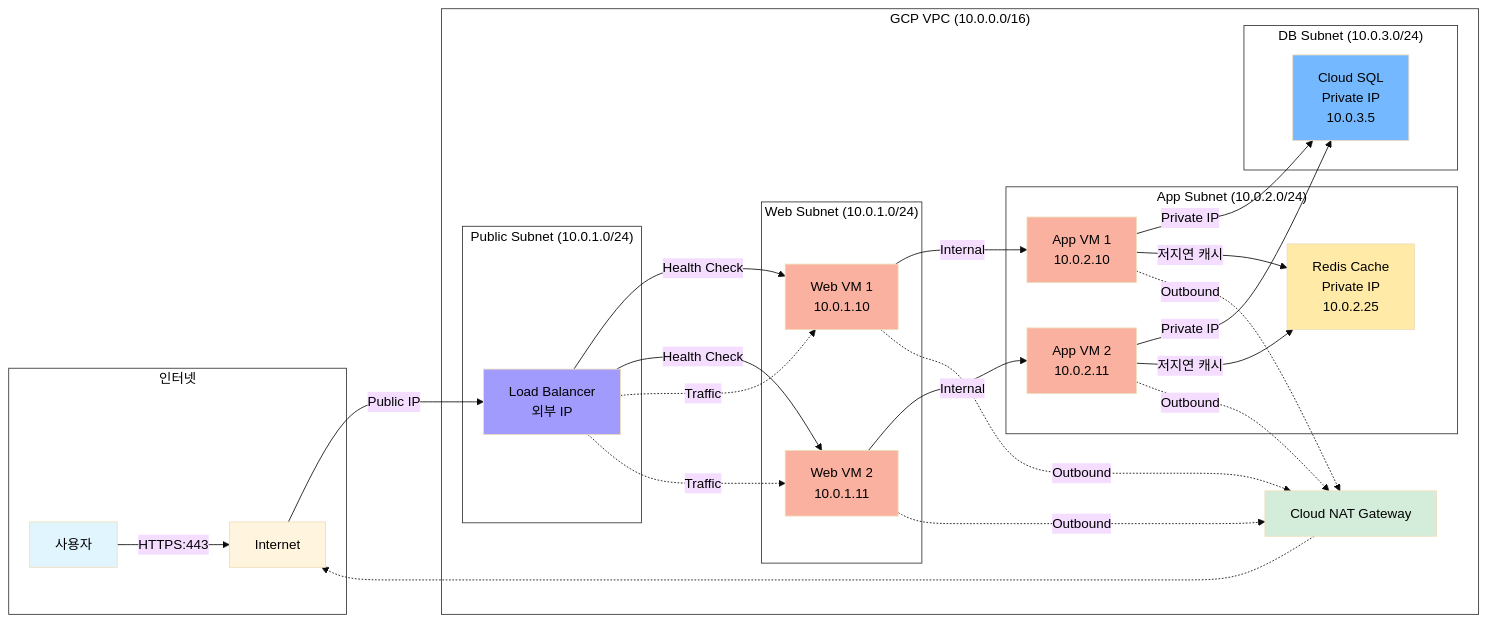
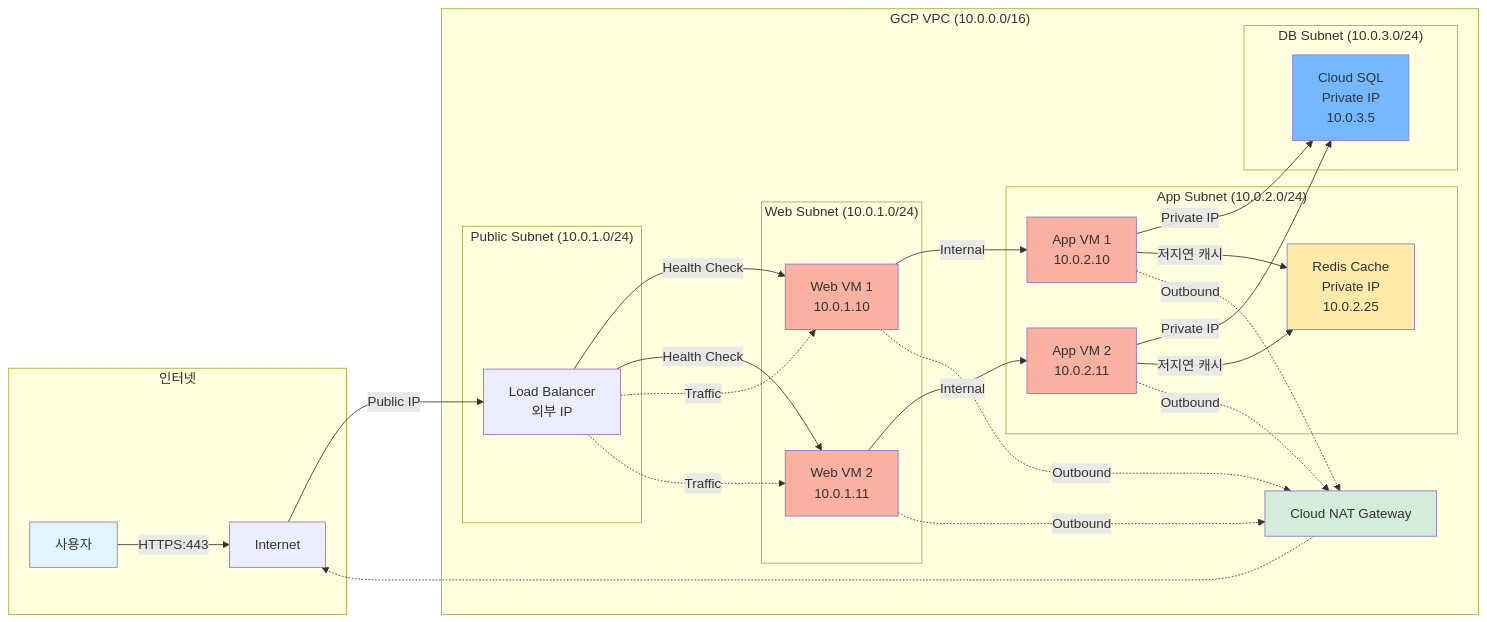
One commit to JSJ2337/GCP_terraform_code changed the sixth of 9 diagrams in terraform_gcp_infra/docs/architecture/diagrams.md. Above: the diagram before and after it, drawn with Mermaid. The commit also changed other lines of this file and 5 other files, not shown here.

First line of the commit message:
fix: Mermaid 다이어그램 테마를 default로 변경 및 단순화

````diff
--- a/terraform_gcp_infra/docs/architecture/diagrams.md
+++ b/terraform_gcp_infra/docs/architecture/diagrams.md
@@ -383,68 +368,62 @@
 ```mermaid
-%%{init: {'theme': 'base', 'themeVariables': { 'primaryTextColor': '#000000', 'secondaryTextColor': '#000000', 'tertiaryTextColor': '#000000', 'clusterBkg': '#ffffff', 'clusterBorder': '#333333' }}}%%
+%%{init: {'theme': 'default'}}%%
 graph LR
     subgraph Internet_Zone["인터넷"]
         USER[사용자]
         INTERNET[Internet]
     end
 
     subgraph GCP_VPC["GCP VPC (10.0.0.0/16)"]
         subgraph Public_Subnet["Public Subnet (10.0.1.0/24)"]
             LB[Load Balancer<br/>외부 IP]
         end
 
         subgraph Web_Subnet["Web Subnet (10.0.1.0/24)"]
             WEB1[Web VM 1<br/>10.0.1.10]
             WEB2[Web VM 2<br/>10.0.1.11]
         end
 
         subgraph App_Subnet["App Subnet (10.0.2.0/24)"]
             APP1[App VM 1<br/>10.0.2.10]
             APP2[App VM 2<br/>10.0.2.11]
             CACHE[Redis Cache<br/>Private IP<br/>10.0.2.25]
         end
 
         subgraph DB_Subnet["DB Subnet (10.0.3.0/24)"]
             DB[Cloud SQL<br/>Private IP<br/>10.0.3.5]
         end
 
         NAT_GW[Cloud NAT Gateway]
     end
 
     USER -->|HTTPS:443| INTERNET
     INTERNET -->|Public IP| LB
     LB -->|Health Check| WEB1
     LB -->|Health Check| WEB2
     LB -.Traffic.-> WEB1
     LB -.Traffic.-> WEB2
 
     WEB1 -->|Internal| APP1
     WEB2 -->|Internal| APP2
 
     APP1 -->|Private IP| DB
     APP2 -->|Private IP| DB
     APP1 -->|저지연 캐시| CACHE
     APP2 -->|저지연 캐시| CACHE
 
     WEB1 -.Outbound.-> NAT_GW
     WEB2 -.Outbound.-> NAT_GW
     APP1 -.Outbound.-> NAT_GW
     APP2 -.Outbound.-> NAT_GW
     NAT_GW -.-> INTERNET
 
-    style Internet_Zone fill:#ffffff,color:#000000
-    style GCP_VPC fill:#ffffff,color:#000000
-    style Public_Subnet fill:#ffffff,color:#000000
-    style Web_Subnet fill:#ffffff,color:#000000
-    style App_Subnet fill:#ffffff,color:#000000
-    style DB_Subnet fill:#ffffff,color:#000000
-    style LB fill:#a29bfe
+    style Internet_Zone fill:#ffffff    style GCP_VPC fill:#ffffff    style Public_Subnet fill:#ffffff    style Web_Subnet fill:#ffffff    style App_Subnet fill:#ffffff    style DB_Subnet fill:#ffffff    style LB fill:#a29bfe
     style WEB1 fill:#fab1a0
     style WEB2 fill:#fab1a0
     style APP1 fill:#fab1a0
     style APP2 fill:#fab1a0
     style CACHE fill:#ffeaa7
     style DB fill:#74b9ff
     style NAT_GW fill:#d4edda
     style USER fill:#e1f5ff
 ```
````
